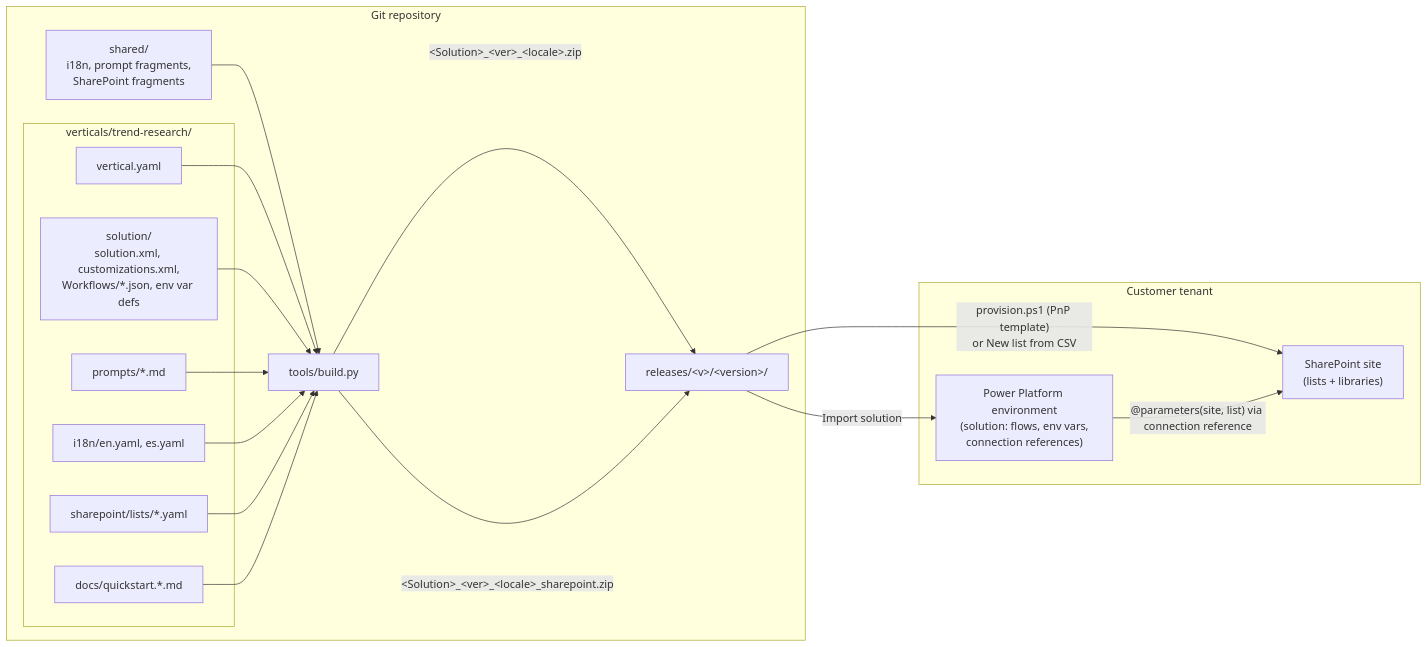
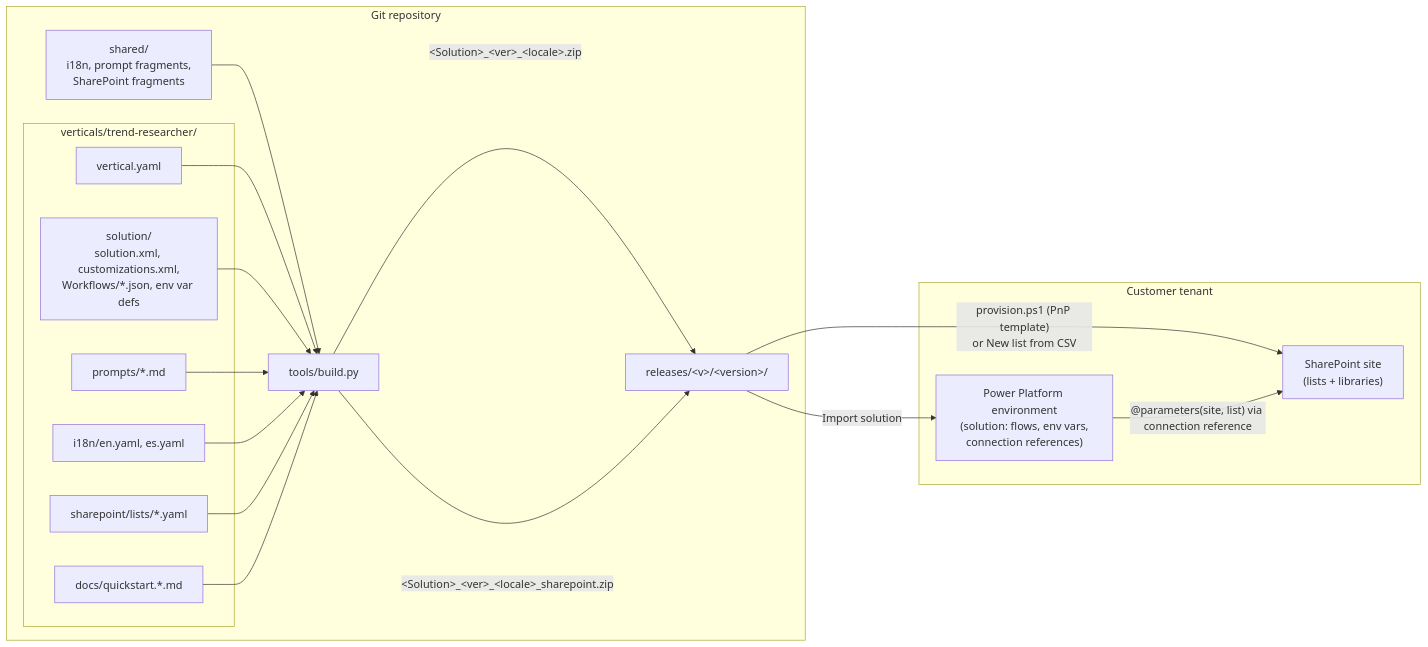
Before and after one commit to AIMagicFlow/copilot-workflows: the first of 2 diagrams in docs/architecture.md, drawn with Mermaid. The commit also changed other lines of this file and 85 other files, not shown here.

First line of the commit message:
rename: one name, Trend Researcher (TrendResearcher / trend-researcher)

````diff
--- a/docs/architecture.md
+++ b/docs/architecture.md
@@ -14,32 +14,32 @@
 ```mermaid
 flowchart LR
     subgraph repo["Git repository"]
         shared["shared/<br/>i18n, prompt fragments,<br/>SharePoint fragments"]
-        subgraph vertical["verticals/trend-research/"]
+        subgraph vertical["verticals/trend-researcher/"]
             manifest["vertical.yaml"]
             sol["solution/<br/>solution.xml, customizations.xml,<br/>Workflows/*.json, env var defs"]
             prompts["prompts/*.md"]
             i18n["i18n/en.yaml, es.yaml"]
             lists["sharepoint/lists/*.yaml"]
             docs["docs/quickstart.*.md"]
         end
         build["tools/build.py"]
         releases["releases/&lt;v&gt;/&lt;version&gt;/"]
     end
     subgraph tenant["Customer tenant"]
         pp["Power Platform environment<br/>(solution: flows, env vars,<br/>connection references)"]
         sp["SharePoint site<br/>(lists + libraries)"]
     end
     shared --> build
     manifest --> build
     sol --> build
     prompts --> build
     i18n --> build
     lists --> build
     docs --> build
     build -->|"&lt;Solution&gt;_&lt;ver&gt;_&lt;locale&gt;.zip"| releases
     build -->|"&lt;Solution&gt;_&lt;ver&gt;_&lt;locale&gt;_sharepoint.zip"| releases
     releases -->|"Import solution"| pp
     releases -->|"provision.ps1 (PnP template)<br/>or New list from CSV"| sp
     pp -->|"@parameters(site, list) via connection reference"| sp
 ```
````
